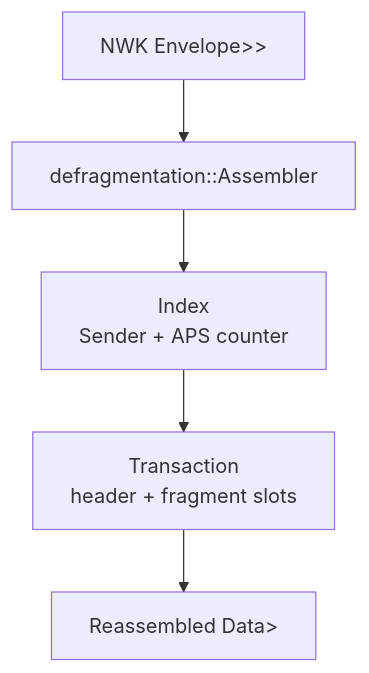
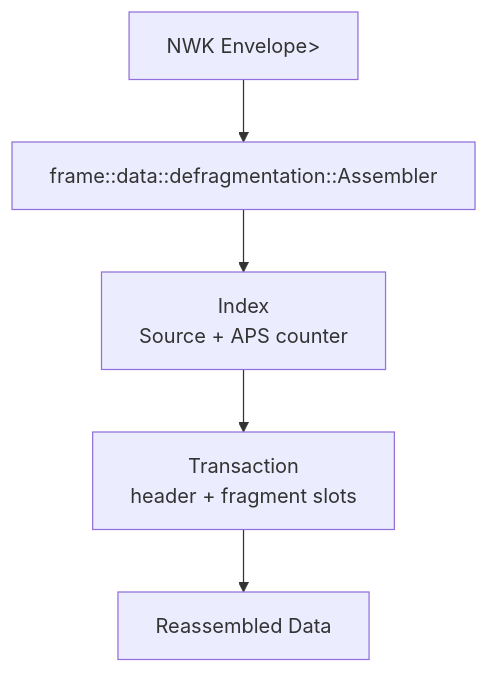
The diagram in apis-saltans-aps/ARCHITECTURE.md (PaulmannLighting/apis-saltans), drawn with Mermaid before and after one commit. The commit also changed other lines of this file and 39 other files, not shown here.

````diff
--- a/apis-saltans-aps/ARCHITECTURE.md
+++ b/apis-saltans-aps/ARCHITECTURE.md
@@ -6,13 +6,13 @@
 ```mermaid
 flowchart TD
-    Envelope["NWK Envelope<Data<Box<[u8]>>>"]
-    Assembler["defragmentation::Assembler"]
-    Index["Index<br/>Sender + APS counter"]
+    Envelope["NWK Envelope<Data<Bytes>>"]
+    Assembler["frame::data::defragmentation::Assembler"]
+    Index["Index<br/>Source + APS counter"]
     Transaction["Transaction<br/>header + fragment slots"]
-    Frame["Reassembled Data<Box<[u8]>>"]
+    Frame["Reassembled Data<Bytes>"]
 
     Envelope --> Assembler
     Assembler --> Index
     Index --> Transaction
     Transaction --> Frame
 ```
````
